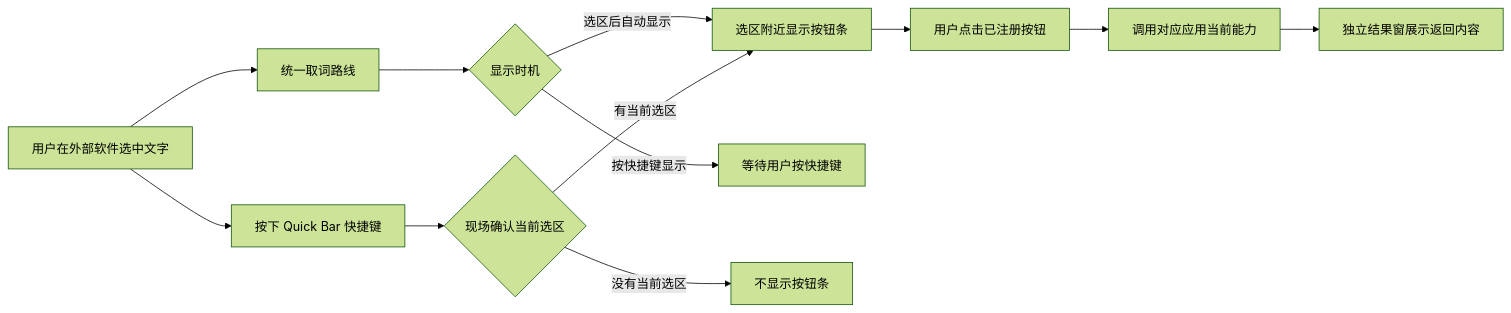
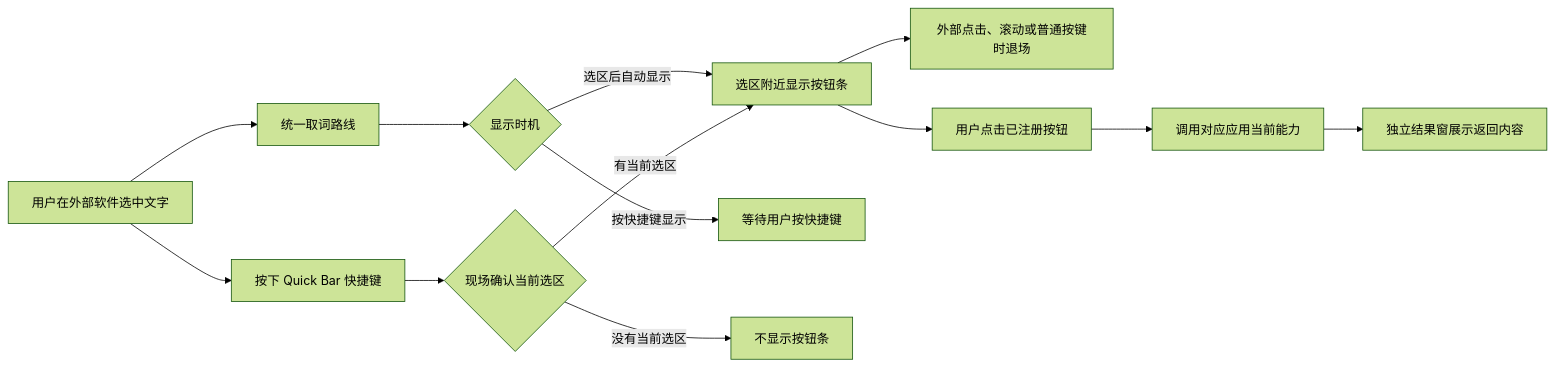
The first of 2 diagrams in apps/quick-bar/README.md (noelle-silva/fast-window), drawn with Mermaid (forest theme) before and after one commit. The commit also changed other lines of this file and 5 other files, not shown here.

````diff
--- a/apps/quick-bar/README.md
+++ b/apps/quick-bar/README.md
@@ -26,14 +26,15 @@
 ```mermaid
 flowchart LR
   A[用户在外部软件选中文字] --> B[按下 Quick Bar 快捷键]
   A --> C[统一取词路线]
   C --> D{显示时机}
   D -->|选区后自动显示| F[选区附近显示按钮条]
   D -->|按快捷键显示| E[等待用户按快捷键]
   B --> G{现场确认当前选区}
   G -->|有当前选区| F
   G -->|没有当前选区| J[不显示按钮条]
+  F --> L[外部点击、滚动或普通按键时退场]
   F --> K[用户点击已注册按钮]
   K --> H[调用对应应用当前能力]
   H --> I[独立结果窗展示返回内容]
 ```
````
